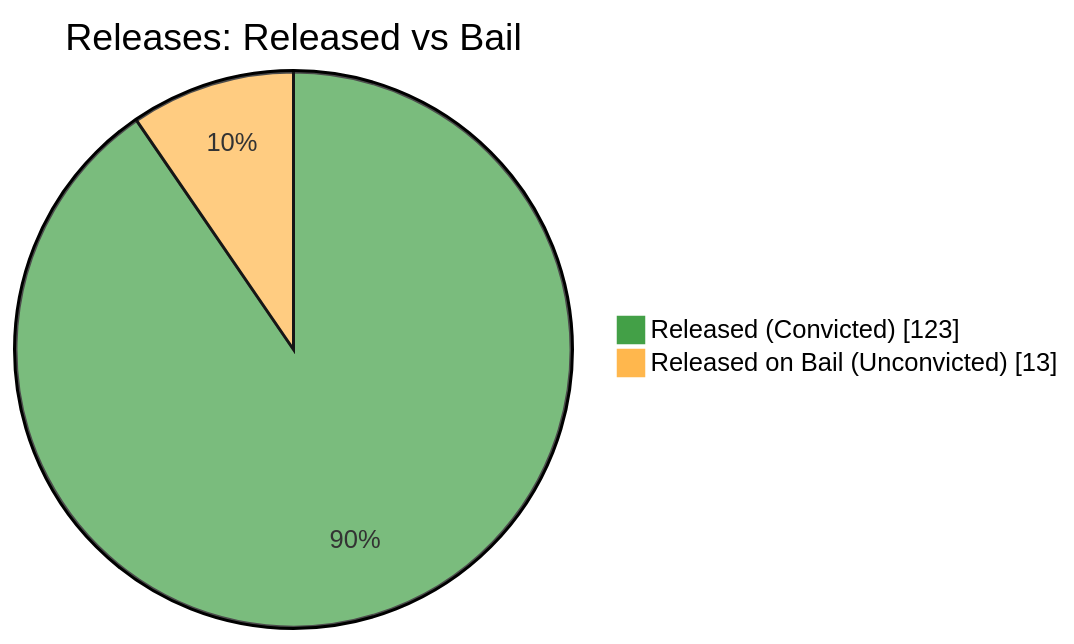
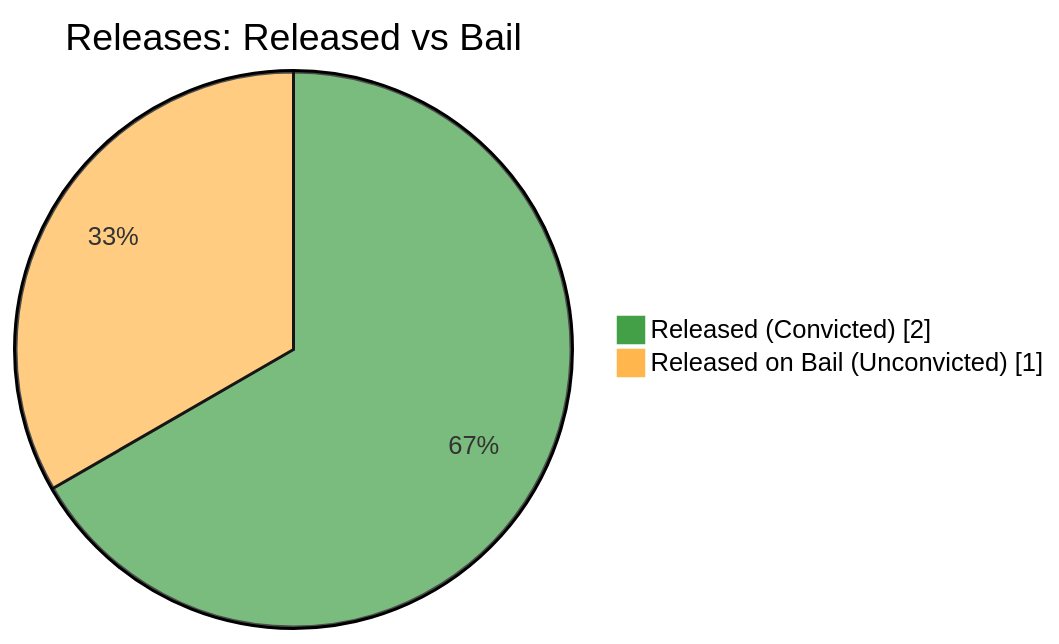
The fifth of 7 diagrams in README.md (nuuuwan/lk_prisons), drawn with Mermaid before and after one commit. The commit also changed other lines of this file and 1 other file, not shown here.

````diff
--- a/README.md
+++ b/README.md
@@ -87,6 +87,6 @@
 ```mermaid
 %%{init: {'themeVariables': {'pie1': '#43A047', 'pie2': '#FFB74D'}}}%%
 pie showData title Releases: Released vs Bail
-    "Released (Convicted)" : 123
-    "Released on Bail (Unconvicted)" : 13
+    "Released (Convicted)" : 2
+    "Released on Bail (Unconvicted)" : 1
 ```
````
